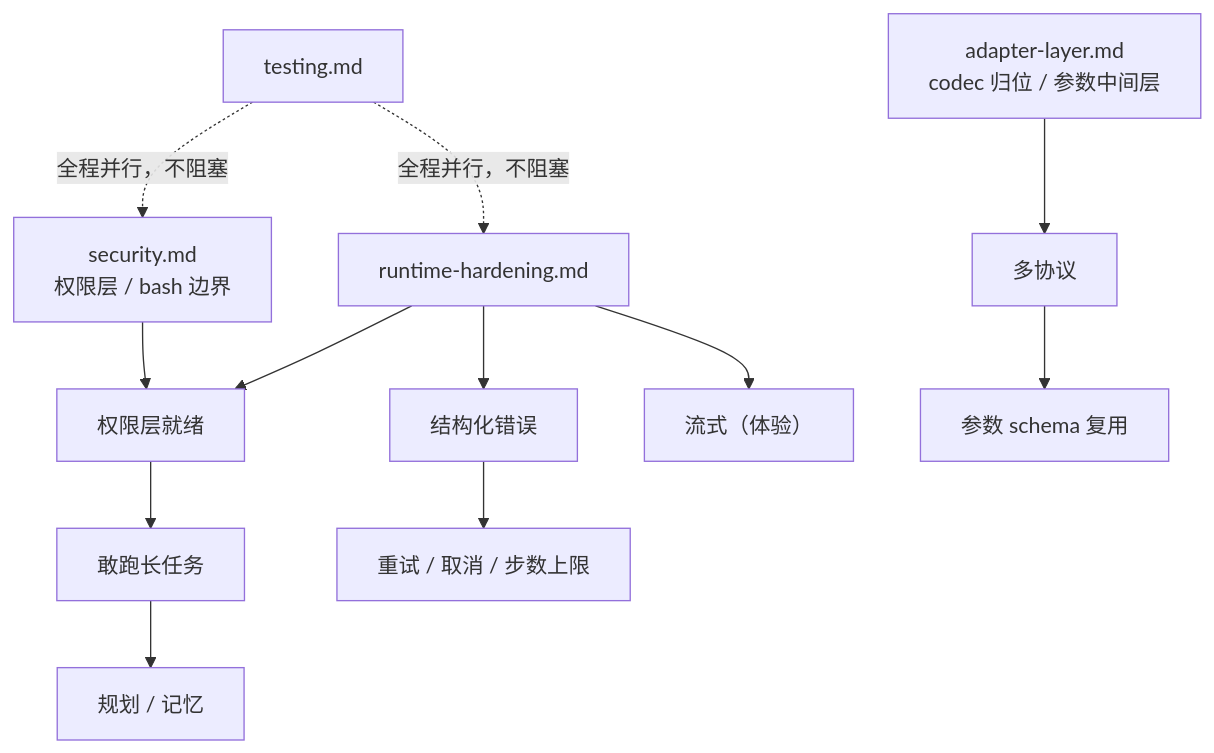
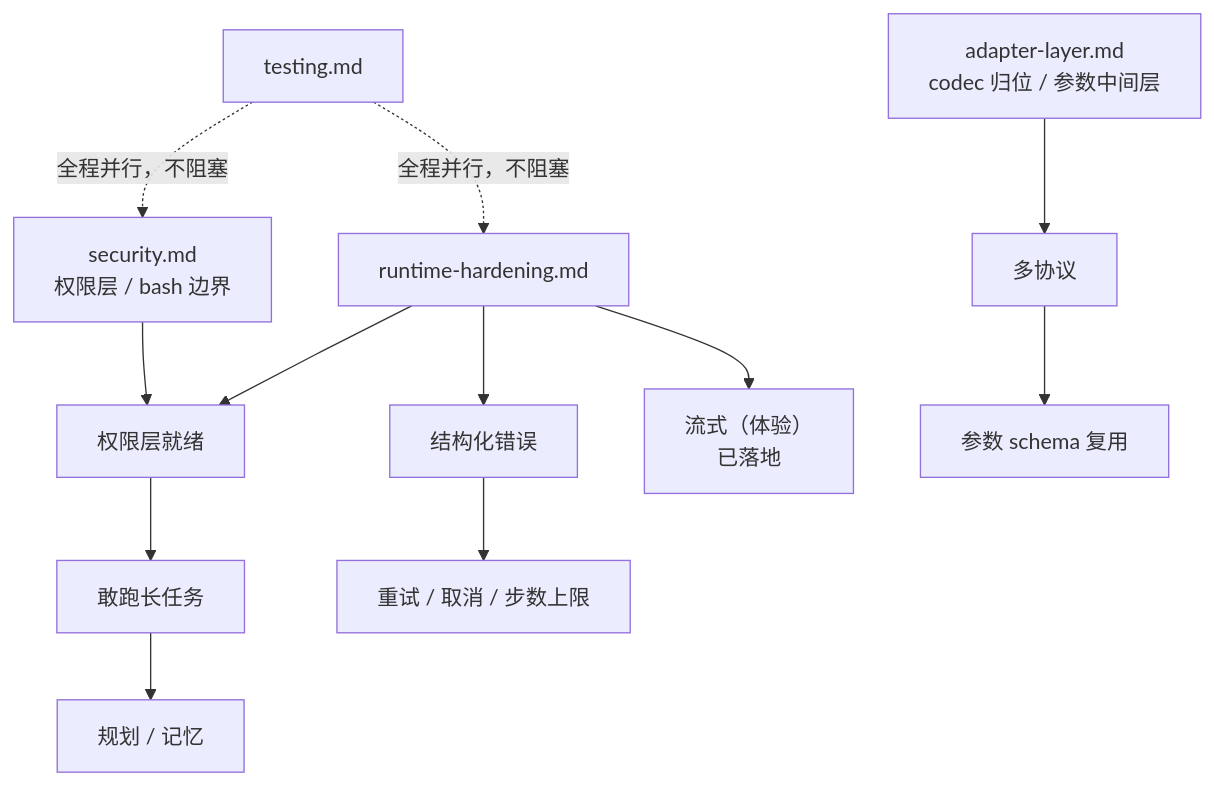
The diagram in docs/roadmap.md (Seann0824/Shirley), drawn with Mermaid before and after one commit. The commit also changed other lines of this file and 5 other files, not shown here.

````diff
--- a/docs/roadmap.md
+++ b/docs/roadmap.md
@@ -45,14 +45,14 @@
 ```mermaid
 graph TD
     SEC["security.md<br/>权限层 / bash 边界"] --> PERM["权限层就绪"]
     HARD["runtime-hardening.md"] --> PERM
     PERM --> LONG["敢跑长任务"]
     LONG --> PLAN["规划 / 记忆"]
     HARD --> ERR["结构化错误"]
     ERR --> RETRY["重试 / 取消 / 步数上限"]
-    HARD --> STREAM["流式（体验）"]
+    HARD --> STREAM["流式（体验）<br/>已落地"]
     ADAPT["adapter-layer.md<br/>codec 归位 / 参数中间层"] --> PROTO["多协议"]
     PROTO --> SCHEMA["参数 schema 复用"]
     TEST["testing.md"] -.->|全程并行，不阻塞| SEC
     TEST -.->|全程并行，不阻塞| HARD
 ```
````
